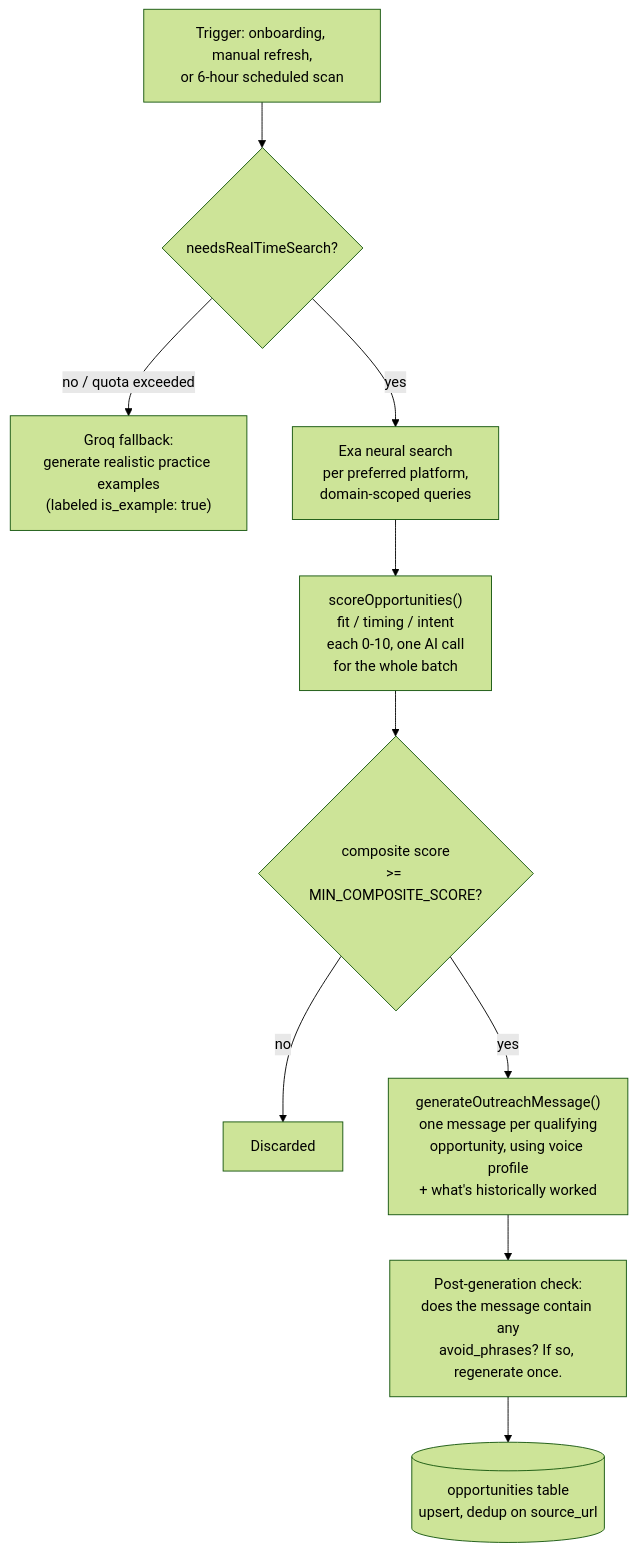
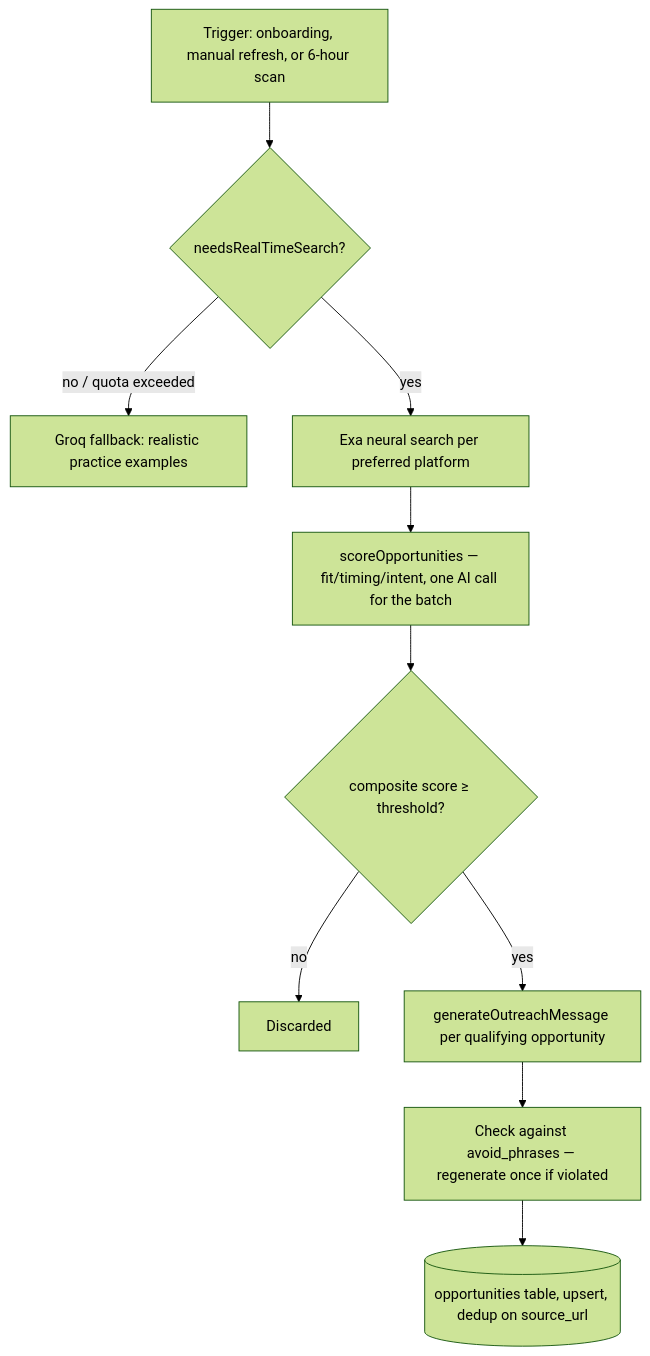
The diagram in PRODUCT_OVERVIEW.md (Devpaul-01/Foundersales), drawn with Mermaid (forest theme) before and after one commit. The commit also changed other lines of this file and 3 other files, not shown here.

First line of the commit message:
docs: update product overview, README, architecture, and background jobs with assets

````diff
--- a/PRODUCT_OVERVIEW.md
+++ b/PRODUCT_OVERVIEW.md
@@ -162,12 +82,12 @@
 ```mermaid
 flowchart TB
-    A[Trigger: onboarding, manual refresh,\nor 6-hour scheduled scan] --> B{needsRealTimeSearch?}
-    B -->|no / quota exceeded| C["Groq fallback:\ngenerate realistic practice examples\n(labeled is_example: true)"]
-    B -->|yes| D["Exa neural search\nper preferred platform,\ndomain-scoped queries"]
-    D --> E["scoreOpportunities()\nfit / timing / intent\neach 0-10, one AI call\nfor the whole batch"]
-    E --> F{"composite score\n>= MIN_COMPOSITE_SCORE?"}
+    A[Trigger: onboarding, manual refresh, or 6-hour scan] --> B{needsRealTimeSearch?}
+    B -->|no / quota exceeded| C[Groq fallback: realistic practice examples]
+    B -->|yes| D[Exa neural search per preferred platform]
+    D --> E[scoreOpportunities — fit/timing/intent, one AI call for the batch]
+    E --> F{composite score ≥ threshold?}
     F -->|no| G[Discarded]
-    F -->|yes| H["generateOutreachMessage()\none message per qualifying\nopportunity, using voice profile\n+ what's historically worked"]
-    H --> I["Post-generation check:\ndoes the message contain any\navoid_phrases? If so, regenerate once."]
-    I --> J[(opportunities table\nupsert, dedup on source_url)]
+    F -->|yes| H[generateOutreachMessage per qualifying opportunity]
+    H --> I[Check against avoid_phrases — regenerate once if violated]
+    I --> J[(opportunities table, upsert, dedup on source_url)]
 ```
````
